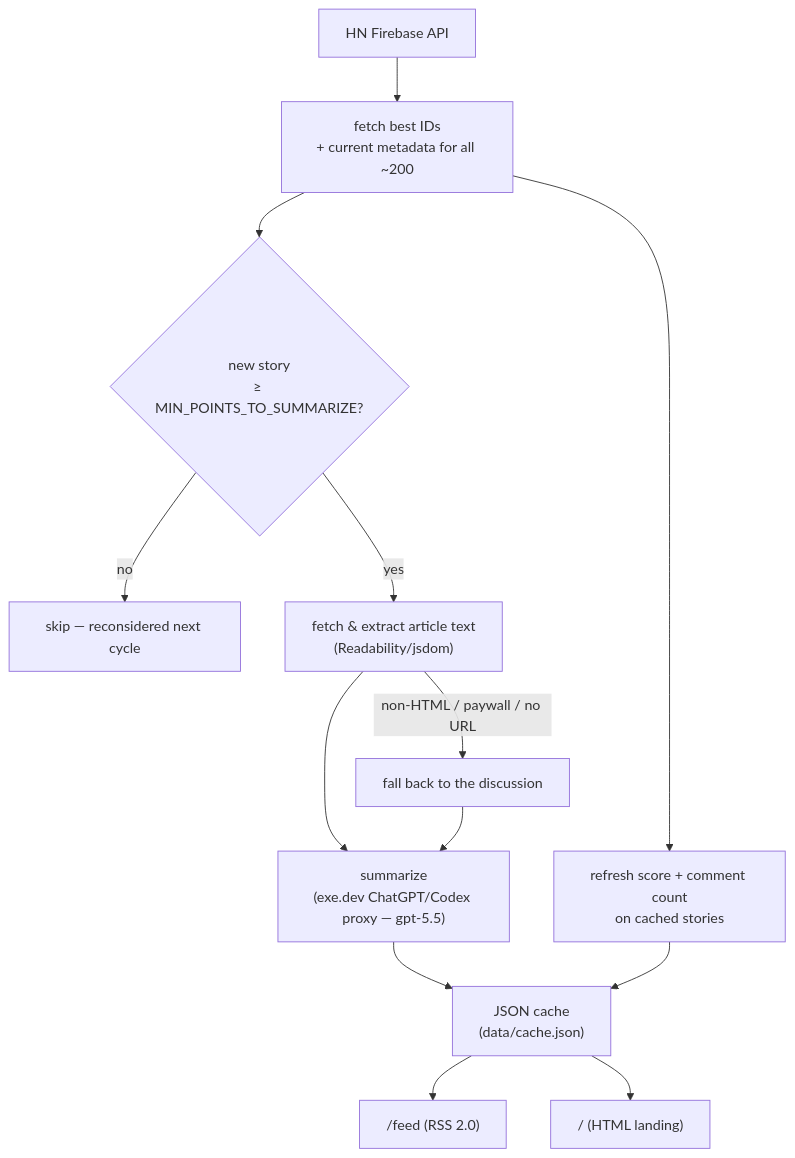
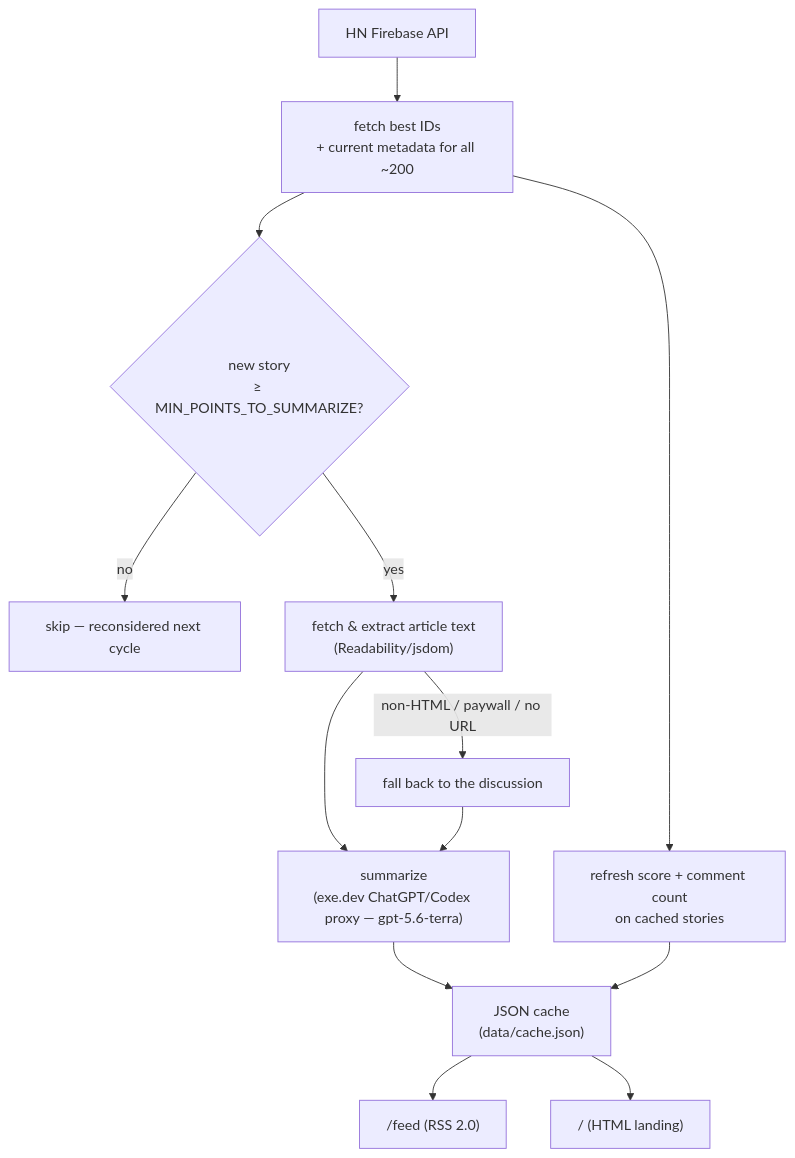
The diagram in README.md (ryanlewis/hn-summaries), drawn with Mermaid before and after one commit. The commit also changed other lines of this file and 2 other files, not shown here.

Commit message:
feat: switch summaries to gpt-5.6-terra

````diff
--- a/README.md
+++ b/README.md
@@ -21,15 +21,15 @@
 ```mermaid
 flowchart TD
     HN["HN Firebase API"] --> Sweep["fetch best IDs<br/>+ current metadata for all ~200"]
     Sweep --> Scores["refresh score + comment count<br/>on cached stories"]
     Sweep --> Gate{"new story<br/>≥ MIN_POINTS_TO_SUMMARIZE?"}
     Gate -->|"no"| Skip["skip — reconsidered next cycle"]
     Gate -->|"yes"| Extract["fetch &amp; extract article text<br/>(Readability/jsdom)"]
     Extract -->|"non-HTML / paywall / no URL"| Fallback["fall back to the discussion"]
-    Extract --> Summarize["summarize<br/>(exe.dev ChatGPT/Codex proxy — gpt-5.5)"]
+    Extract --> Summarize["summarize<br/>(exe.dev ChatGPT/Codex proxy — gpt-5.6-terra)"]
     Fallback --> Summarize
     Summarize --> Cache["JSON cache<br/>(data/cache.json)"]
     Scores --> Cache
     Cache --> Feed["/feed (RSS 2.0)"]
     Cache --> Landing["/ (HTML landing)"]
 ```
````
